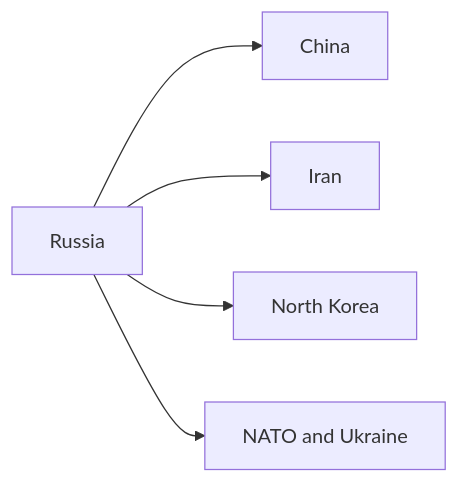
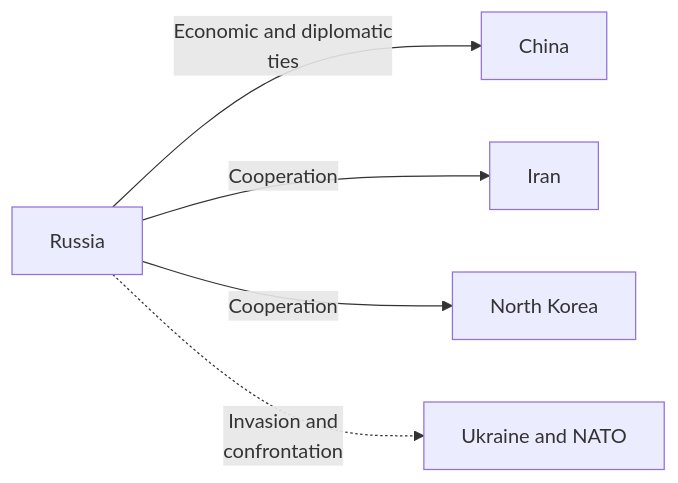
One commit to daylight55/research changed the third of 3 diagrams in articles/report/russia-geopolitical-profile/en/index.mdx. Above: the diagram before and after it, drawn with Mermaid. The commit also changed other lines of this file and 181 other files, not shown here.

First line of the commit message:
全記事の図解368点を再生成し、共通注意書きを削除 (#402)

````diff
--- a/articles/report/russia-geopolitical-profile/en/index.mdx
+++ b/articles/report/russia-geopolitical-profile/en/index.mdx
@@ -82,7 +92,14 @@
 ```mermaid
 flowchart LR
-  A["Russia"] --> B["China"]
-  A --> C["Iran"]
-  A --> D["North Korea"]
-  A --> E["NATO and Ukraine"]
+  accTitle: Russia's partners and adversaries
+  accDescr: Show cooperation with China, Iran and North Korea separately from conflict with Ukraine and NATO.
+  N0["Russia"]
+  N1["China"]
+  N2["Iran"]
+  N3["North Korea"]
+  N4["Ukraine and NATO"]
+  N0 -->|Economic and diplomatic<br/>ties| N1
+  N0 -->|Cooperation| N2
+  N0 -->|Cooperation| N3
+  N0 -.->|Invasion and<br/>confrontation| N4
 ```
````
